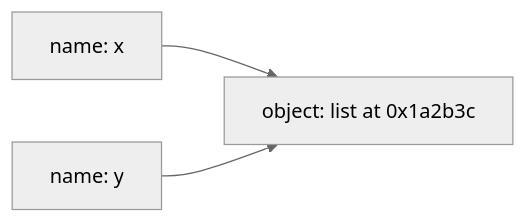
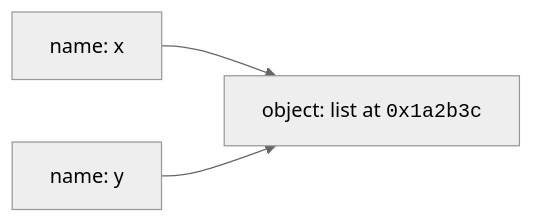
One commit to dataslope/dataslope changed the diagram in content/learn/python-basics/variables.mdx. Above: the diagram before and after it, drawn with Mermaid (neutral theme). The commit also changed 100 other files, not shown here.

First line of the commit message:
Wrap more code in diagram labels: filenames, hex, assignments, subgraph titles

````diff
--- a/content/learn/python-basics/variables.mdx
+++ b/content/learn/python-basics/variables.mdx
@@ -28,5 +28,5 @@
 ```mermaid
 graph LR
-    x[name: x] --> obj1[object: list at 0x1a2b3c]
+    x[name: x] --> obj1["object: list at <code>0x1a2b3c</code>"]
     y[name: y] --> obj1
 ```
````
